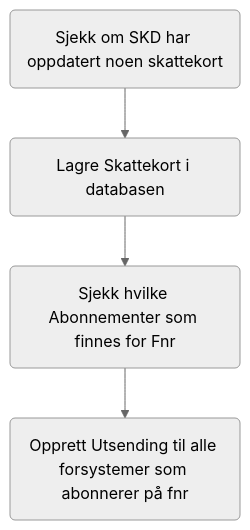
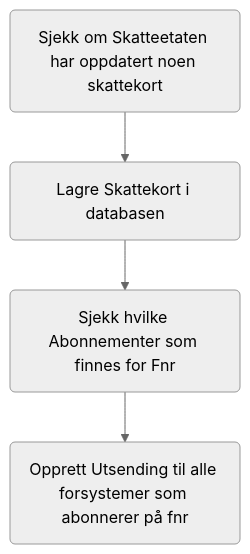
One commit to navikt/sokos-skattekort changed the eighth of 9 diagrams in dokumentasjon/arkitektur/workflows.md. Above: the diagram before and after it, drawn with Mermaid (neutral theme). The commit also changed other lines of this file and 1 other file, not shown here.

````diff
--- a/dokumentasjon/arkitektur/workflows.md
+++ b/dokumentasjon/arkitektur/workflows.md
@@ -106,6 +105,6 @@
 ```mermaid
 flowchart TD
-    SKD(Sjekk om SKD har oppdatert noen skattekort) --> L(Lagre Skattekort i databasen)
+    SKD(Sjekk om Skatteetaten har oppdatert noen skattekort) --> L(Lagre Skattekort i databasen)
     L --> A(Sjekk hvilke Abonnementer som finnes for Fnr)
     A --> U(Opprett Utsending til alle forsystemer som abonnerer på fnr)
 ```
````
